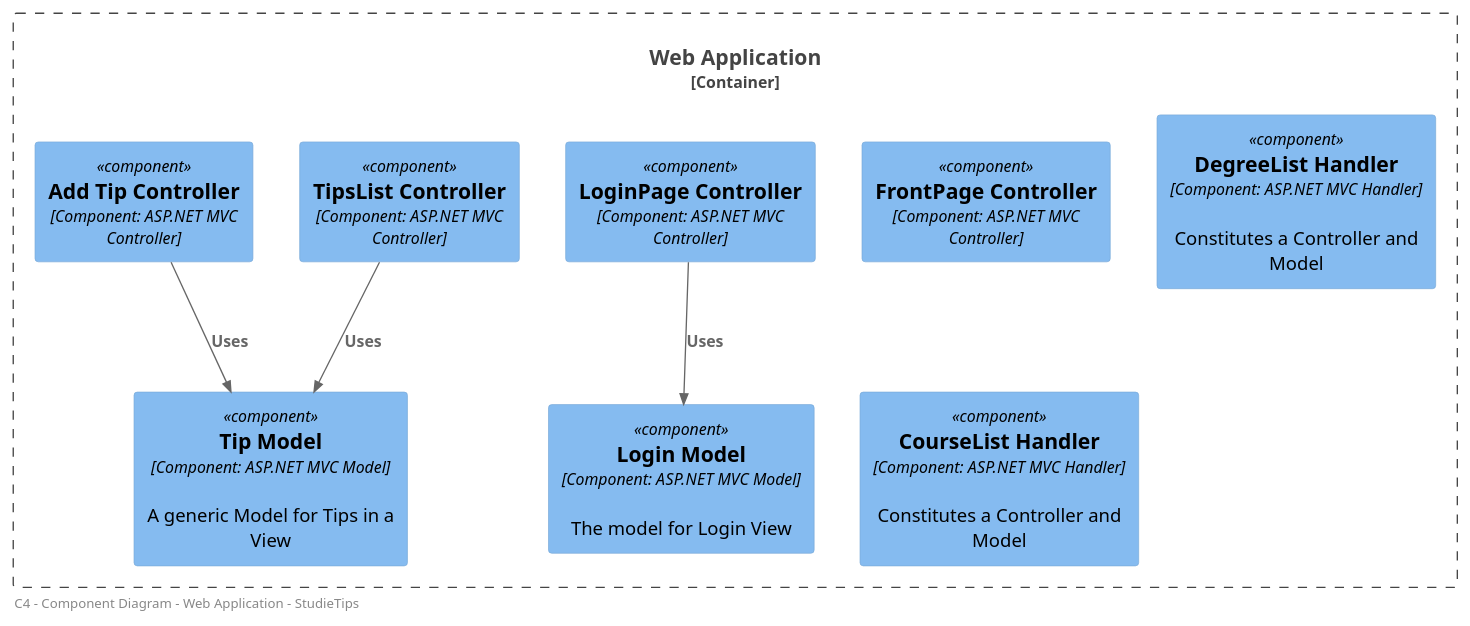
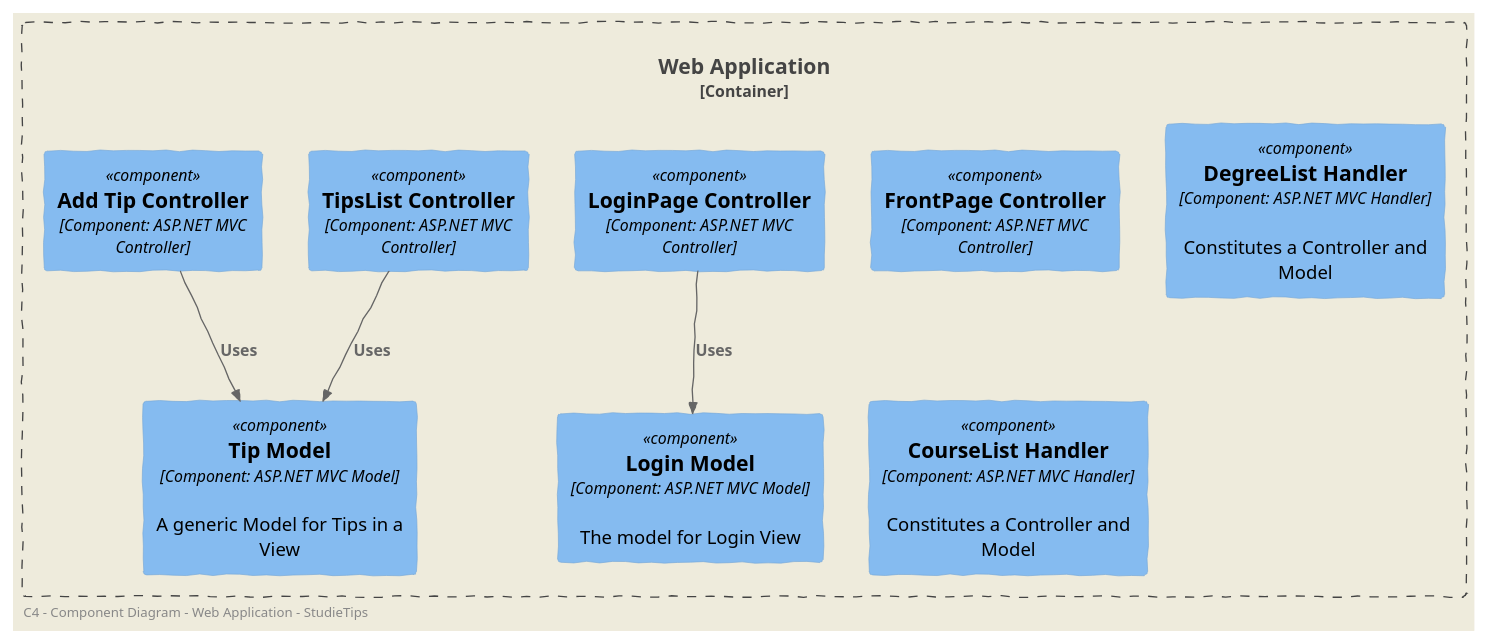
One commit to I4PRJ4/I4PRJ4-plantuml changed the diagram in C4/C4-Level3/Component-WebApplication.puml. Above: the diagram before and after it, drawn with PlantUML. The commit also changed 4 other files, not shown here.

Commit message:
Updated Architecture

```diff
--- a/C4/C4-Level3/Component-WebApplication.puml
+++ b/C4/C4-Level3/Component-WebApplication.puml
@@ -1,25 +1,26 @@
 @startuml
 !include <C4/C4_Container>
 !include <C4/C4_Component>
+LAYOUT_AS_SKETCH()
 
 left footer "   C4 - Component Diagram - Web Application - StudieTips"
 
 Container_Boundary(webapp,"Web Application",""){
     
     Component(FrontPageController, "FrontPage Controller", "Component: ASP.NET MVC Controller")
     Component(LoginController, "LoginPage Controller", "Component: ASP.NET MVC Controller")
     Component(TipListController, "TipsList Controller", "Component: ASP.NET MVC Controller")
     Component(AddTipController, "Add Tip Controller", "Component: ASP.NET MVC Controller")
     Component(Handlers2, "DegreeList Handler", "Component: ASP.NET MVC Handler","Constitutes a Controller and Model")
     Component(Handlers3, "CourseList Handler", "Component: ASP.NET MVC Handler","Constitutes a Controller and Model")
     
     Component(LoginModel,"Login Model","Component: ASP.NET MVC Model","The model for Login View")
     Component(TipModel,"Tip Model", "Component: ASP.NET MVC Model","A generic Model for Tips in a View")
 } 
 
 
 
 Rel(LoginController,LoginModel,"Uses")
 Rel(TipListController,TipModel,"Uses")
 Rel(AddTipController,TipModel,"Uses")
 @enduml
```
